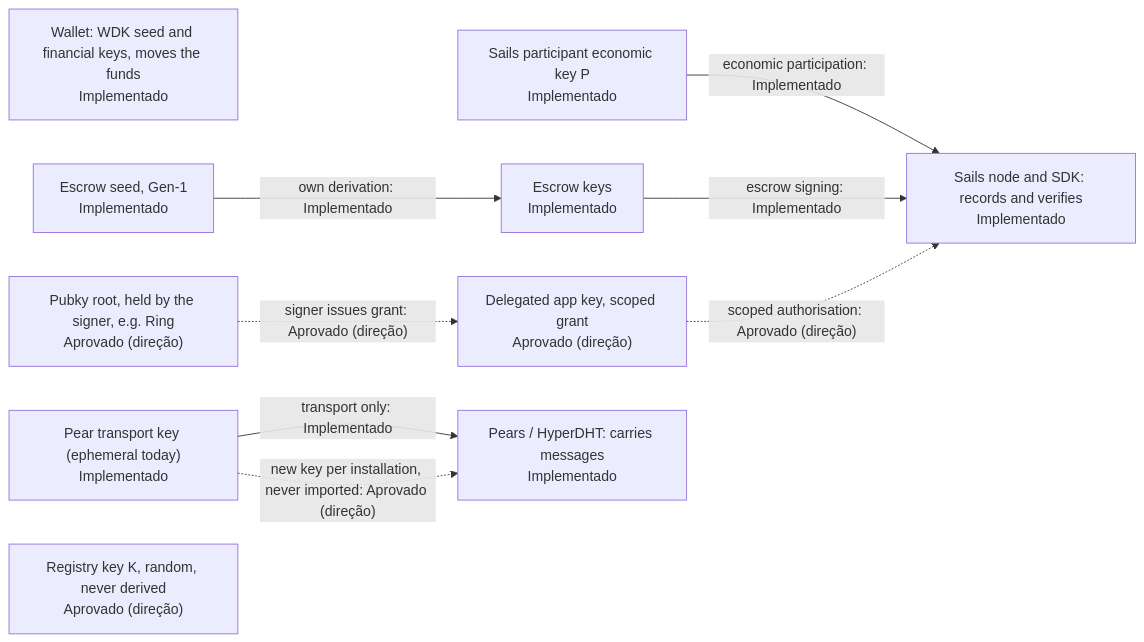
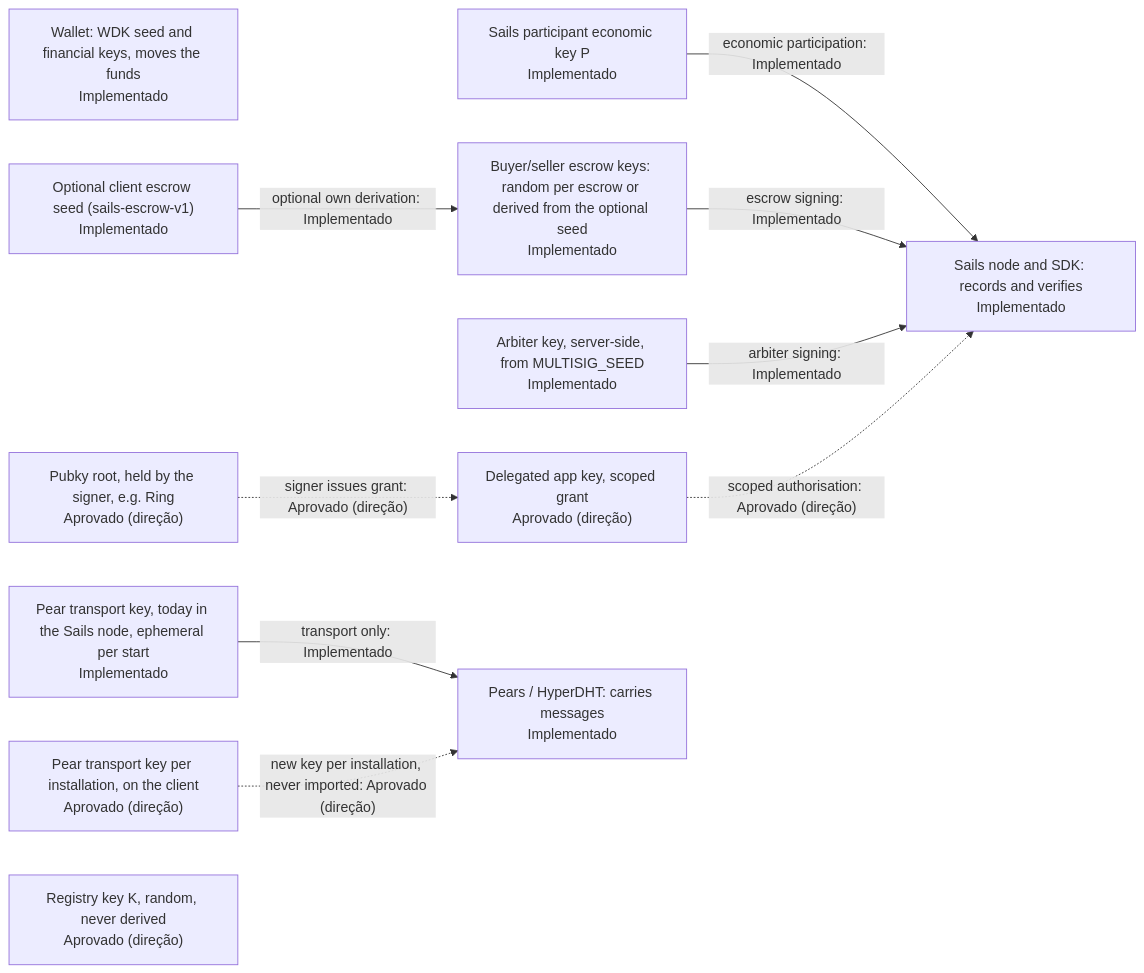
One commit to sails-protocol/Sails-Protocol changed the third of 6 diagrams in docs/SYSTEM_DESIGN.md. Above: the diagram before and after it, drawn with Mermaid. The commit also changed other lines of this file, not shown here.

Commit message:
docs: correções factuais dos diagramas (Principal): chaves de escrow/árbitro, chat no nó, chave Pear

````diff
--- a/docs/SYSTEM_DESIGN.md
+++ b/docs/SYSTEM_DESIGN.md
@@ -643,20 +643,23 @@
 ```mermaid
 flowchart LR
   WDK["Wallet: WDK seed and financial keys, moves the funds<br/>Implementado"]
   P["Sails participant economic key P<br/>Implementado"]
-  ES["Escrow seed, Gen-1<br/>Implementado"]
-  EK["Escrow keys<br/>Implementado"]
+  ES["Optional client escrow seed (sails-escrow-v1)<br/>Implementado"]
+  EK["Buyer/seller escrow keys: random per escrow or derived from the optional seed<br/>Implementado"]
+  AK["Arbiter key, server-side, from MULTISIG_SEED<br/>Implementado"]
   PR["Pubky root, held by the signer, e.g. Ring<br/>Aprovado (direção)"]
   DK["Delegated app key, scoped grant<br/>Aprovado (direção)"]
-  PK["Pear transport key (ephemeral today)<br/>Implementado"]
+  PK["Pear transport key, today in the Sails node, ephemeral per start<br/>Implementado"]
+  PKI["Pear transport key per installation, on the client<br/>Aprovado (direção)"]
   K["Registry key K, random, never derived<br/>Aprovado (direção)"]
   N["Sails node and SDK: records and verifies<br/>Implementado"]
   PEER["Pears / HyperDHT: carries messages<br/>Implementado"]
-  ES -->|"own derivation: Implementado"| EK
+  ES -->|"optional own derivation: Implementado"| EK
   P -->|"economic participation: Implementado"| N
   EK -->|"escrow signing: Implementado"| N
+  AK -->|"arbiter signing: Implementado"| N
   PK -->|"transport only: Implementado"| PEER
-  PK -.->|"new key per installation, never imported: Aprovado (direção)"| PEER
+  PKI -.->|"new key per installation, never imported: Aprovado (direção)"| PEER
   PR -.->|"signer issues grant: Aprovado (direção)"| DK
   DK -.->|"scoped authorisation: Aprovado (direção)"| N
 ```
````
